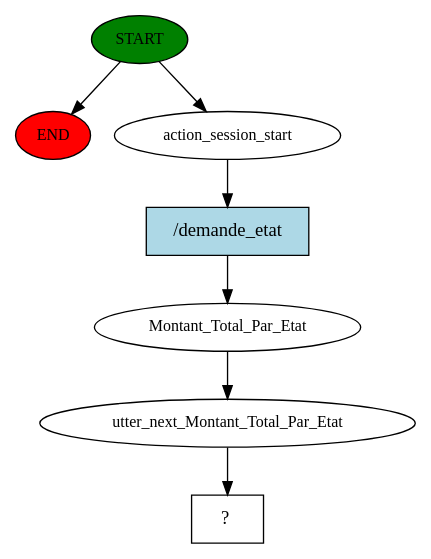
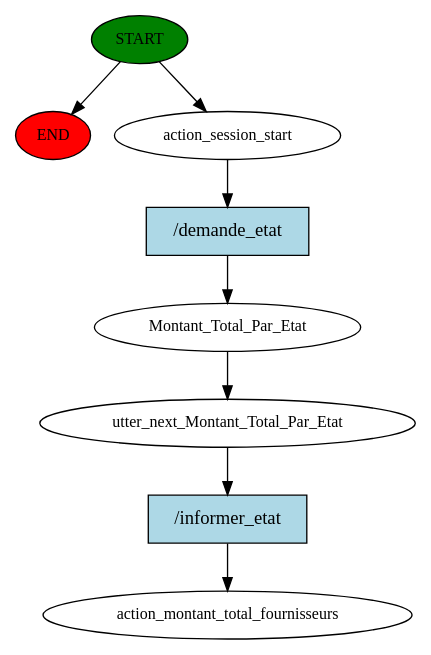
The diagram in story_graph.dot (youssef-zghal/rasa-vermeg), drawn with Graphviz before and after one commit. The commit also changed 19 other files, not shown here.

```diff
--- a/story_graph.dot
+++ b/story_graph.dot
@@ -1,15 +1,17 @@
 digraph  {
 0 [class="start active", fillcolor=green, fontsize=12, label=START, style=filled];
 "-1" [class=end, fillcolor=red, fontsize=12, label=END, style=filled];
 1 [class=active, fontsize=12, label=action_session_start];
 2 [class=active, fontsize=12, label=Montant_Total_Par_Etat];
 3 [class=active, fontsize=12, label=utter_next_Montant_Total_Par_Etat];
-4 [class="intent dashed active", label="  ?  ", shape=rect];
+4 [class="dashed active", fontsize=12, label=action_montant_total_fournisseurs];
 5 [class="intent active", fillcolor=lightblue, label="/demande_etat", shape=rect, style=filled];
+6 [class="intent active", fillcolor=lightblue, label="/informer_etat", shape=rect, style=filled];
 0 -> "-1"  [class="", key=NONE, label=""];
 0 -> 1  [class=active, key=NONE, label=""];
 1 -> 5  [class=active, key=0];
 2 -> 3  [class=active, key=NONE, label=""];
-3 -> 4  [class=active, key=NONE, label=""];
+3 -> 6  [class=active, key=0];
 5 -> 2  [class=active, key=0];
+6 -> 4  [class=active, key=0];
 }
```
